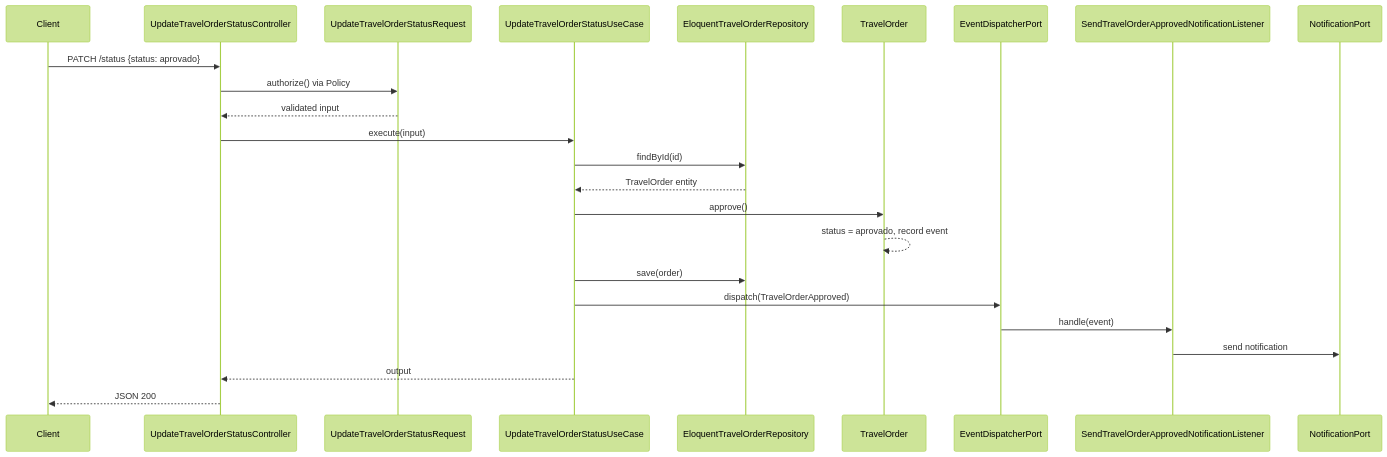
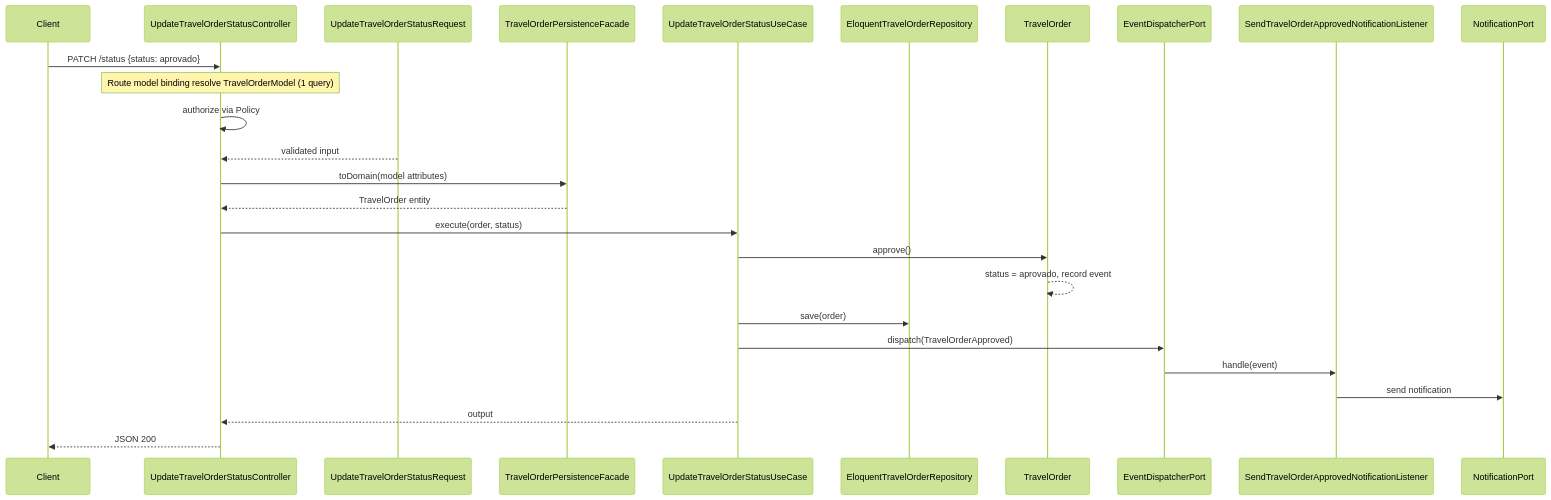
Before and after one commit to jhonatasFelipe/onfly: the second of 2 diagrams in docs/architecture.md, drawn with Mermaid (forest theme). The commit also changed other lines of this file and 5 other files, not shown here.

````diff
--- a/docs/architecture.md
+++ b/docs/architecture.md
@@ -160,27 +161,29 @@
 ```mermaid
 sequenceDiagram
     participant Client
     participant Controller as UpdateTravelOrderStatusController
     participant Request as UpdateTravelOrderStatusRequest
+    participant Facade as TravelOrderPersistenceFacade
     participant UseCase as UpdateTravelOrderStatusUseCase
     participant Repo as EloquentTravelOrderRepository
     participant Entity as TravelOrder
     participant Events as EventDispatcherPort
     participant Listener as SendTravelOrderApprovedNotificationListener
     participant Notif as NotificationPort
 
     Client->>Controller: PATCH /status {status: aprovado}
-    Controller->>Request: authorize() via Policy
+    Note over Controller: Route model binding resolve TravelOrderModel (1 query)
+    Controller->>Controller: authorize via Policy
     Request-->>Controller: validated input
-    Controller->>UseCase: execute(input)
-    UseCase->>Repo: findById(id)
-    Repo-->>UseCase: TravelOrder entity
+    Controller->>Facade: toDomain(model attributes)
+    Facade-->>Controller: TravelOrder entity
+    Controller->>UseCase: execute(order, status)
     UseCase->>Entity: approve()
     Entity-->>Entity: status = aprovado, record event
     UseCase->>Repo: save(order)
     UseCase->>Events: dispatch(TravelOrderApproved)
     Events->>Listener: handle(event)
     Listener->>Notif: send notification
     UseCase-->>Controller: output
     Controller-->>Client: JSON 200
 ```
````
